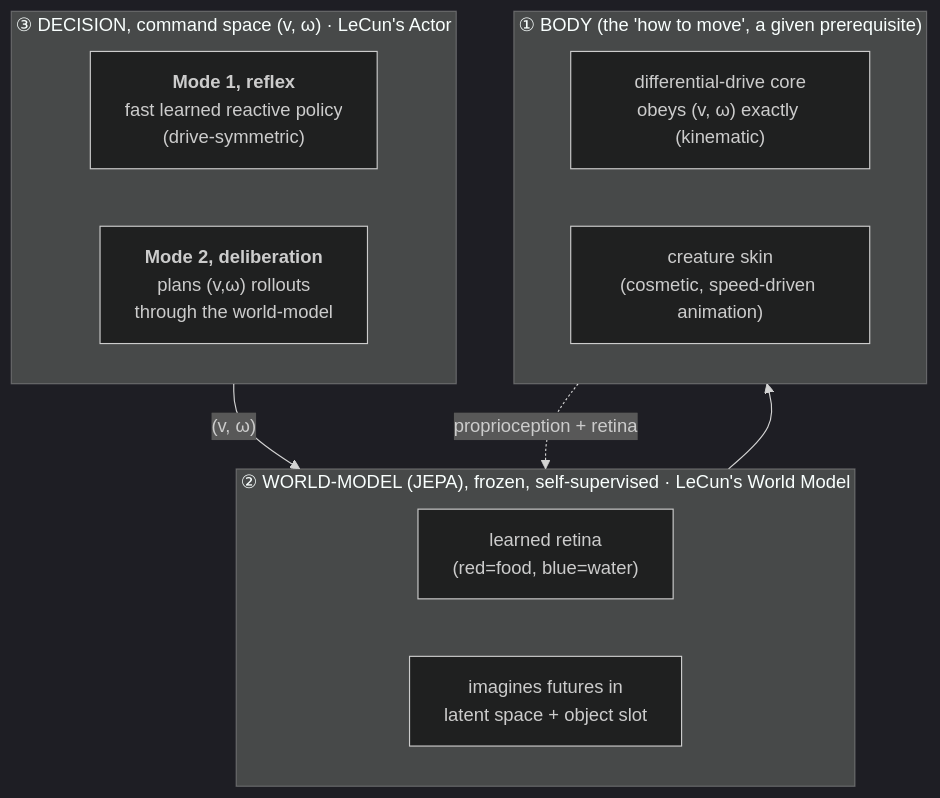
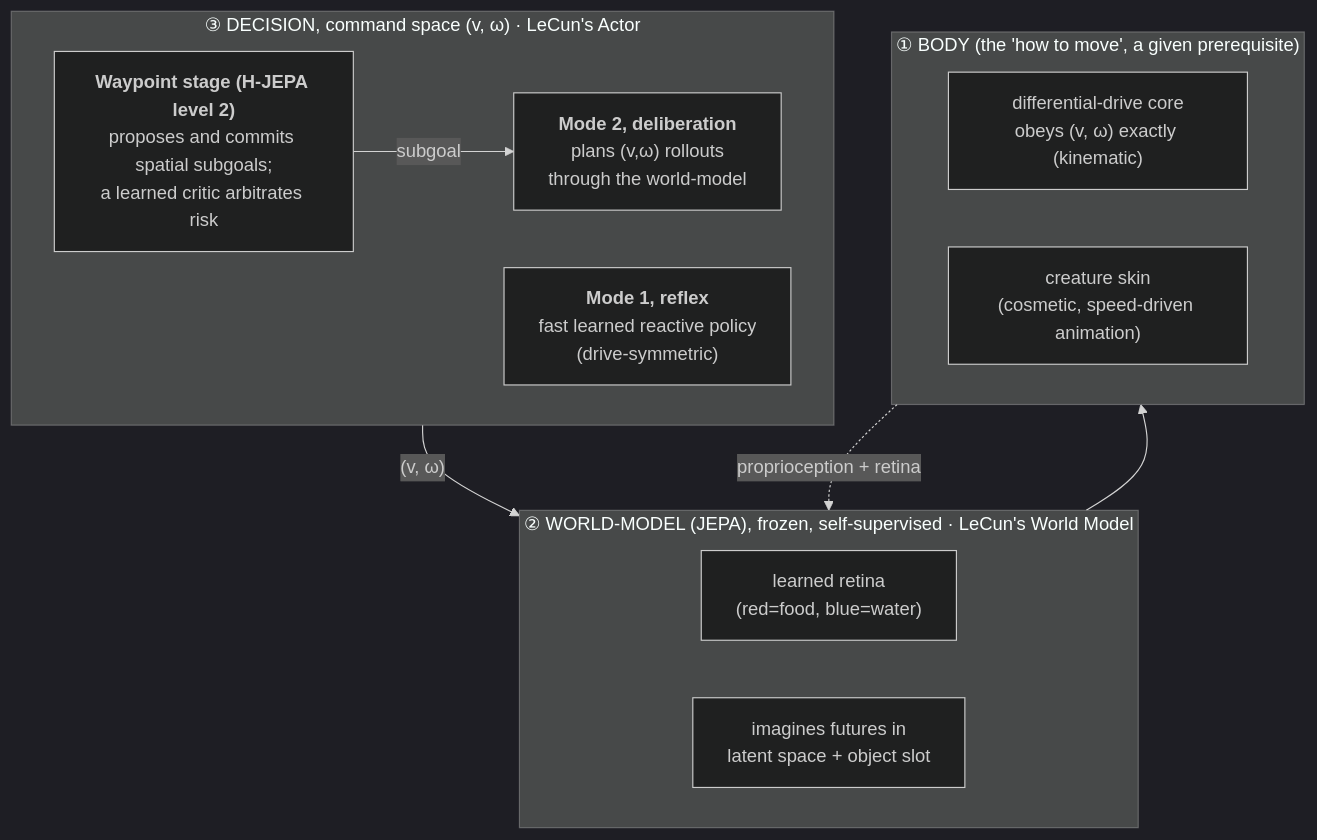
The third of 3 diagrams in README.md (edgarbnt/Sylvan), drawn with Mermaid (dark theme) before and after one commit. The commit also changed other lines of this file, not shown here.

First line of the commit message:
docs(readme): current frontier — waypoint stage, learned sprint critic, purity map

````diff
--- a/README.md
+++ b/README.md
@@ -85,18 +85,20 @@
 ```mermaid
 flowchart TB
     subgraph BRAIN["③ DECISION, command space (v, ω)  ·  LeCun's Actor"]
+        WP["<b>Waypoint stage (H-JEPA level 2)</b><br/>proposes and commits spatial subgoals;<br/>a learned critic arbitrates risk"]
         M1["<b>Mode 1, reflex</b><br/>fast learned reactive policy<br/>(drive-symmetric)"]
         M2["<b>Mode 2, deliberation</b><br/>plans (v,ω) rollouts<br/>through the world-model"]
+        WP -- "subgoal" --> M2
     end
     subgraph WM["② WORLD-MODEL (JEPA), frozen, self-supervised  ·  LeCun's World Model"]
         P["learned retina<br/>(red=food, blue=water)"]
         I["imagines futures in<br/>latent space + object slot"]
     end
     subgraph BODY["① BODY (the 'how to move', a given prerequisite)"]
         KIN["differential-drive core<br/>obeys (v, ω) exactly (kinematic)"]
         SKIN["creature skin<br/>(cosmetic, speed-driven animation)"]
     end
     BRAIN -- "(v, ω)" --> WM
     WM --> BODY
     BODY -. "proprioception + retina" .-> WM
 ```
````
